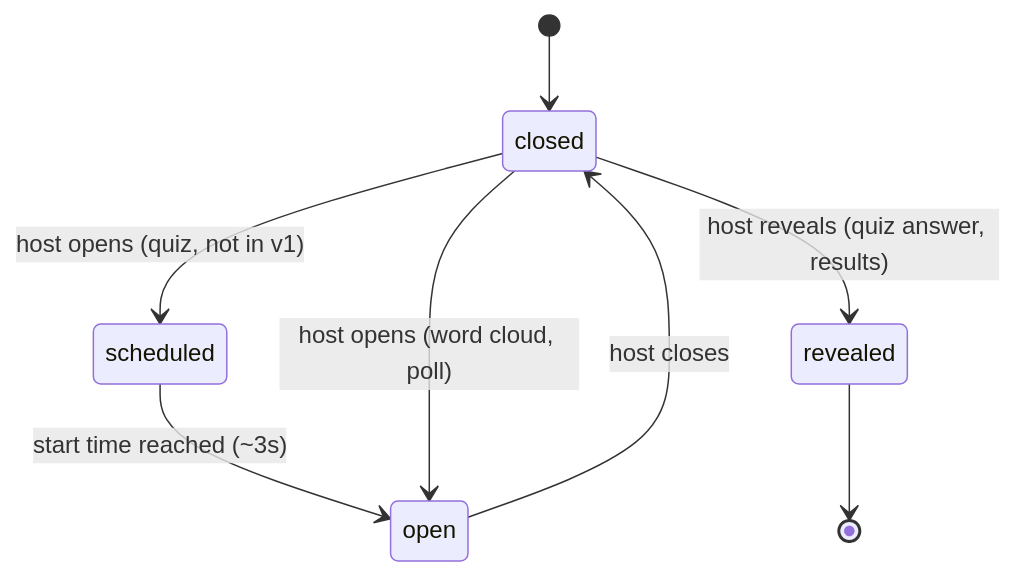
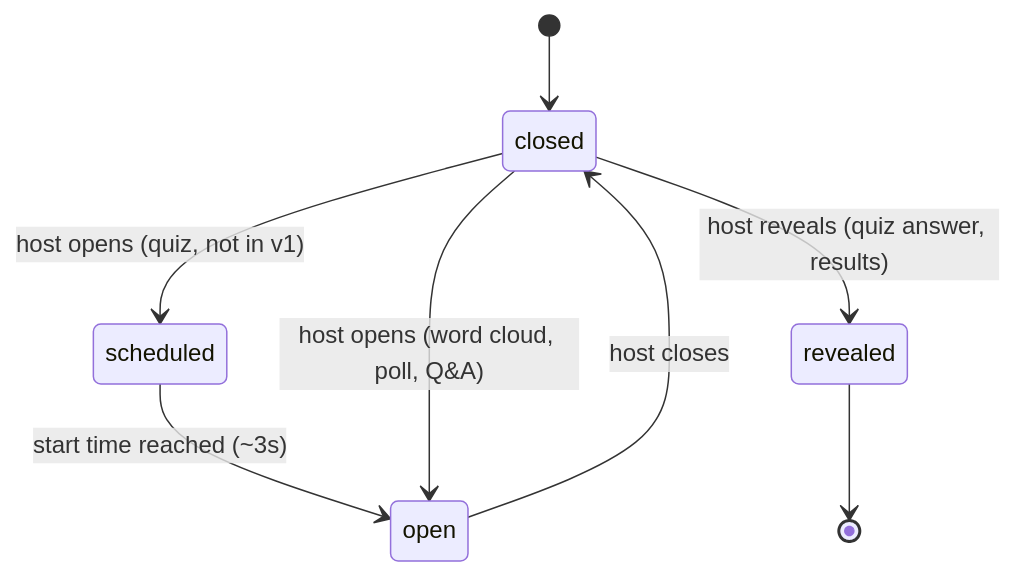
The fifth of 10 diagrams in docs/ARCHITECTURE.md (shahil1dn/volley), drawn with Mermaid before and after one commit. The commit also changed other lines of this file, not shown here.

Commit message:
docs: architecture catches up with Q&A, the purge and the test project

````diff
--- a/docs/ARCHITECTURE.md
+++ b/docs/ARCHITECTURE.md
@@ -105,10 +106,10 @@
 ```mermaid
 stateDiagram-v2
   [*] --> closed
   closed --> scheduled: host opens (quiz, not in v1)
   scheduled --> open: start time reached (~3s)
-  closed --> open: host opens (word cloud, poll)
+  closed --> open: host opens (word cloud, poll, Q&A)
   open --> closed: host closes
   closed --> revealed: host reveals (quiz answer, results)
   revealed --> [*]
 ```
````
